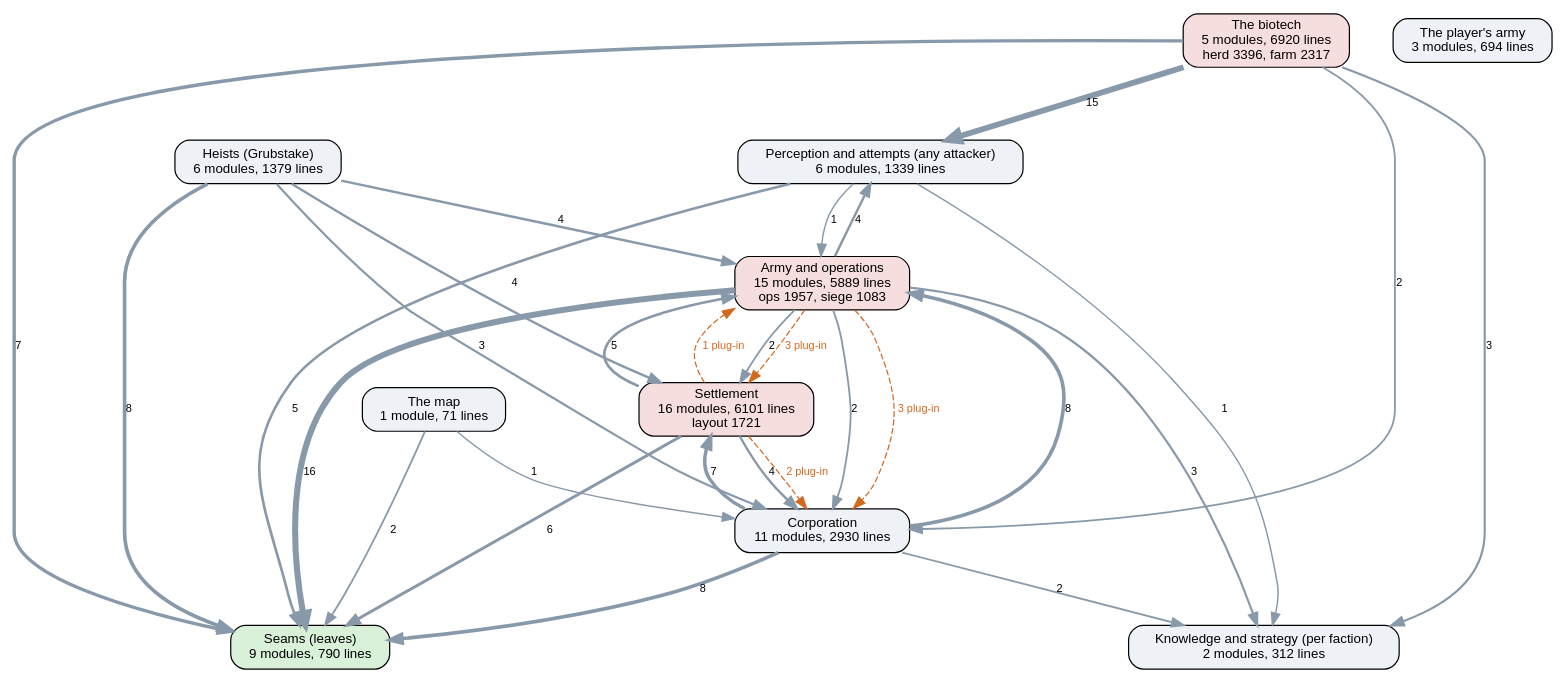
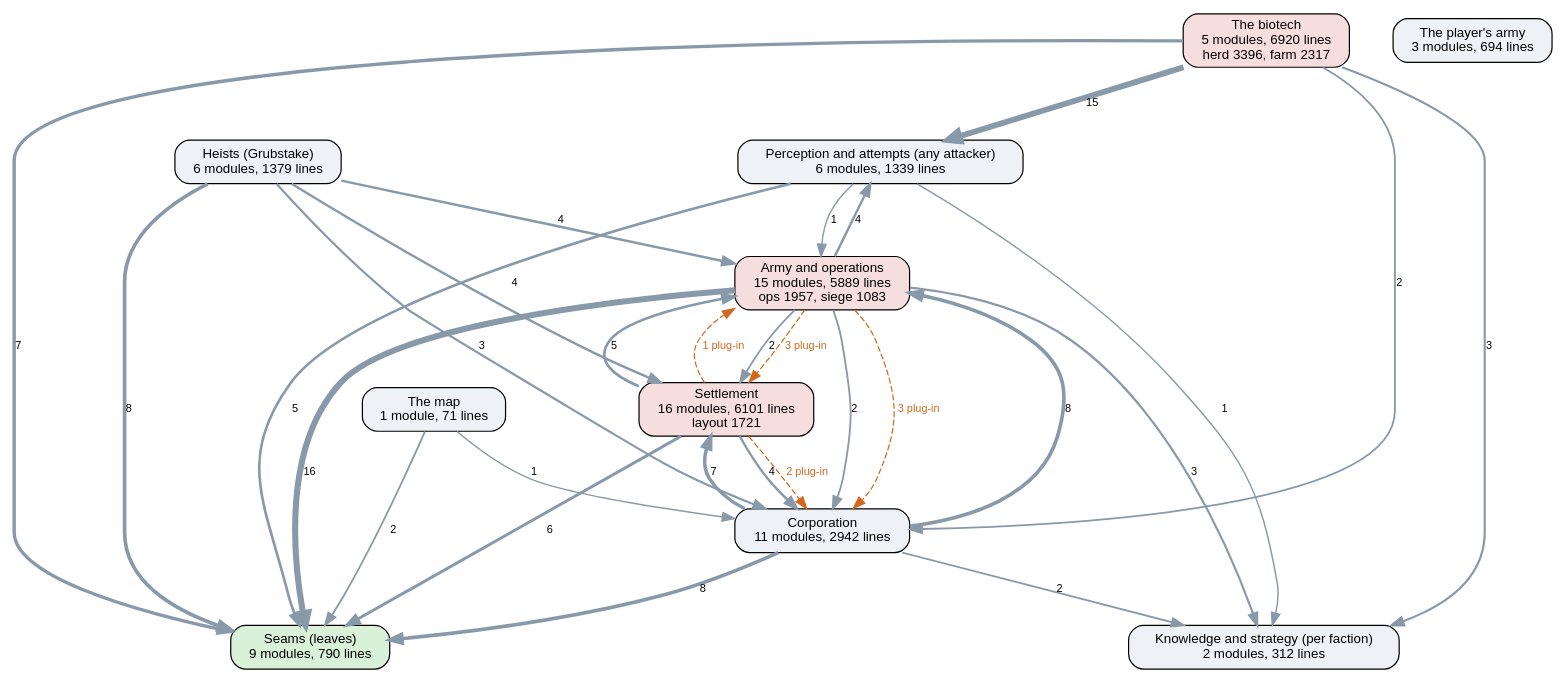
Before and after one commit to kinelhu/landing-party: the diagram in docs/ai-layers.dot, drawn with Graphviz. The commit also changed 13 other files, not shown here.

```diff
--- a/docs/ai-layers.dot
+++ b/docs/ai-layers.dot
@@ -1,44 +1,44 @@
 digraph layers {
   graph [rankdir=TB, fontname="Helvetica", nodesep=0.5, ranksep=0.7];
   node [shape=box, style="rounded,filled", fontname="Helvetica", fontsize=11, fillcolor="#eef2f7"];
   edge [color="#8899aa", fontname="Helvetica", fontsize=9];
   "Seams (leaves)" [label="Seams (leaves)\n9 modules, 790 lines", fillcolor="#d9f0d9"];
   "Perception and attempts (any attacker)" [label="Perception and attempts (any attacker)\n6 modules, 1339 lines", fillcolor="#eef2f7"];
   "Knowledge and strategy (per faction)" [label="Knowledge and strategy (per faction)\n2 modules, 312 lines", fillcolor="#eef2f7"];
-  "Corporation" [label="Corporation\n11 modules, 2930 lines", fillcolor="#eef2f7"];
+  "Corporation" [label="Corporation\n11 modules, 2942 lines", fillcolor="#eef2f7"];
   "Settlement" [label="Settlement\n16 modules, 6101 lines\nlayout 1721", fillcolor="#f7dede"];
   "Army and operations" [label="Army and operations\n15 modules, 5889 lines\nops 1957, siege 1083", fillcolor="#f7dede"];
   "Heists (Grubstake)" [label="Heists (Grubstake)\n6 modules, 1379 lines", fillcolor="#eef2f7"];
   "The biotech" [label="The biotech\n5 modules, 6920 lines\nherd 3396, farm 2317", fillcolor="#f7dede"];
   "The map" [label="The map\n1 module, 71 lines", fillcolor="#eef2f7"];
   "The player's army" [label="The player's army\n3 modules, 694 lines", fillcolor="#eef2f7"];
   "Army and operations" -> "Corporation" [label="2", penwidth=1.5];
   "Army and operations" -> "Knowledge and strategy (per faction)" [label="3", penwidth=1.8];
   "Army and operations" -> "Perception and attempts (any attacker)" [label="4", penwidth=2.0];
   "Army and operations" -> "Seams (leaves)" [label="16", penwidth=5.0];
   "Army and operations" -> "Settlement" [label="2", penwidth=1.5];
   "Corporation" -> "Army and operations" [label="8", penwidth=3.0];
   "Corporation" -> "Knowledge and strategy (per faction)" [label="2", penwidth=1.5];
   "Corporation" -> "Seams (leaves)" [label="8", penwidth=3.0];
   "Corporation" -> "Settlement" [label="7", penwidth=2.8];
   "Heists (Grubstake)" -> "Army and operations" [label="4", penwidth=2.0];
   "Heists (Grubstake)" -> "Corporation" [label="3", penwidth=1.8];
   "Heists (Grubstake)" -> "Seams (leaves)" [label="8", penwidth=3.0];
   "Heists (Grubstake)" -> "Settlement" [label="4", penwidth=2.0];
   "Perception and attempts (any attacker)" -> "Army and operations" [label="1", penwidth=1.2];
   "Perception and attempts (any attacker)" -> "Knowledge and strategy (per faction)" [label="1", penwidth=1.2];
   "Perception and attempts (any attacker)" -> "Seams (leaves)" [label="5", penwidth=2.2];
   "Settlement" -> "Army and operations" [label="5", penwidth=2.2];
   "Settlement" -> "Corporation" [label="4", penwidth=2.0];
   "Settlement" -> "Seams (leaves)" [label="6", penwidth=2.5];
   "The biotech" -> "Corporation" [label="2", penwidth=1.5];
   "The biotech" -> "Knowledge and strategy (per faction)" [label="3", penwidth=1.8];
   "The biotech" -> "Perception and attempts (any attacker)" [label="15", penwidth=4.8];
   "The biotech" -> "Seams (leaves)" [label="7", penwidth=2.8];
   "The map" -> "Corporation" [label="1", penwidth=1.2];
   "The map" -> "Seams (leaves)" [label="2", penwidth=1.5];
   "Army and operations" -> "Corporation" [style=dashed, color="#d2691e", fontcolor="#d2691e", label="3 plug-in"];
   "Army and operations" -> "Settlement" [style=dashed, color="#d2691e", fontcolor="#d2691e", label="3 plug-in"];
   "Settlement" -> "Army and operations" [style=dashed, color="#d2691e", fontcolor="#d2691e", label="1 plug-in"];
   "Settlement" -> "Corporation" [style=dashed, color="#d2691e", fontcolor="#d2691e", label="2 plug-in"];
 }
```
